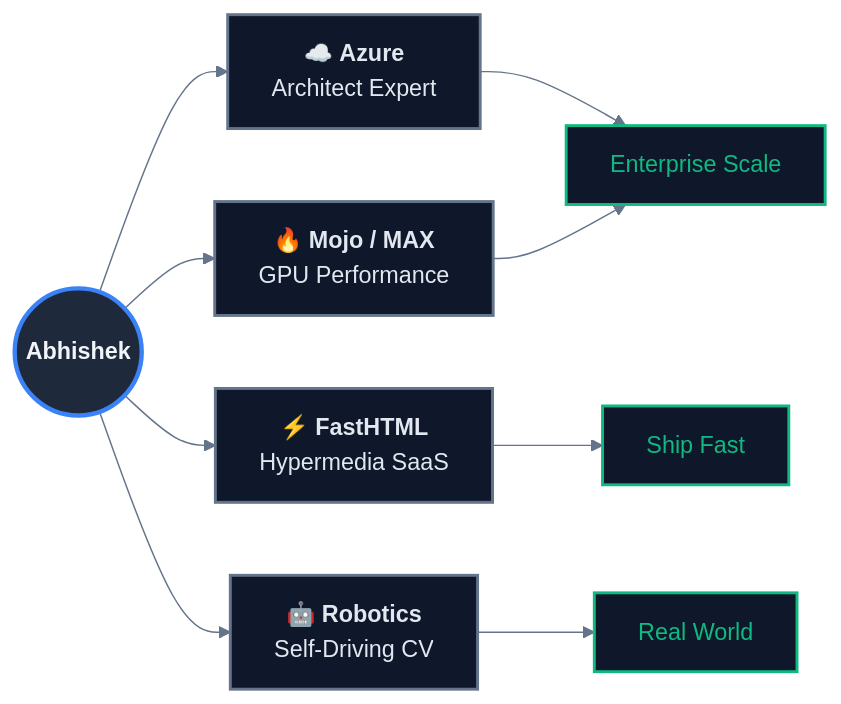
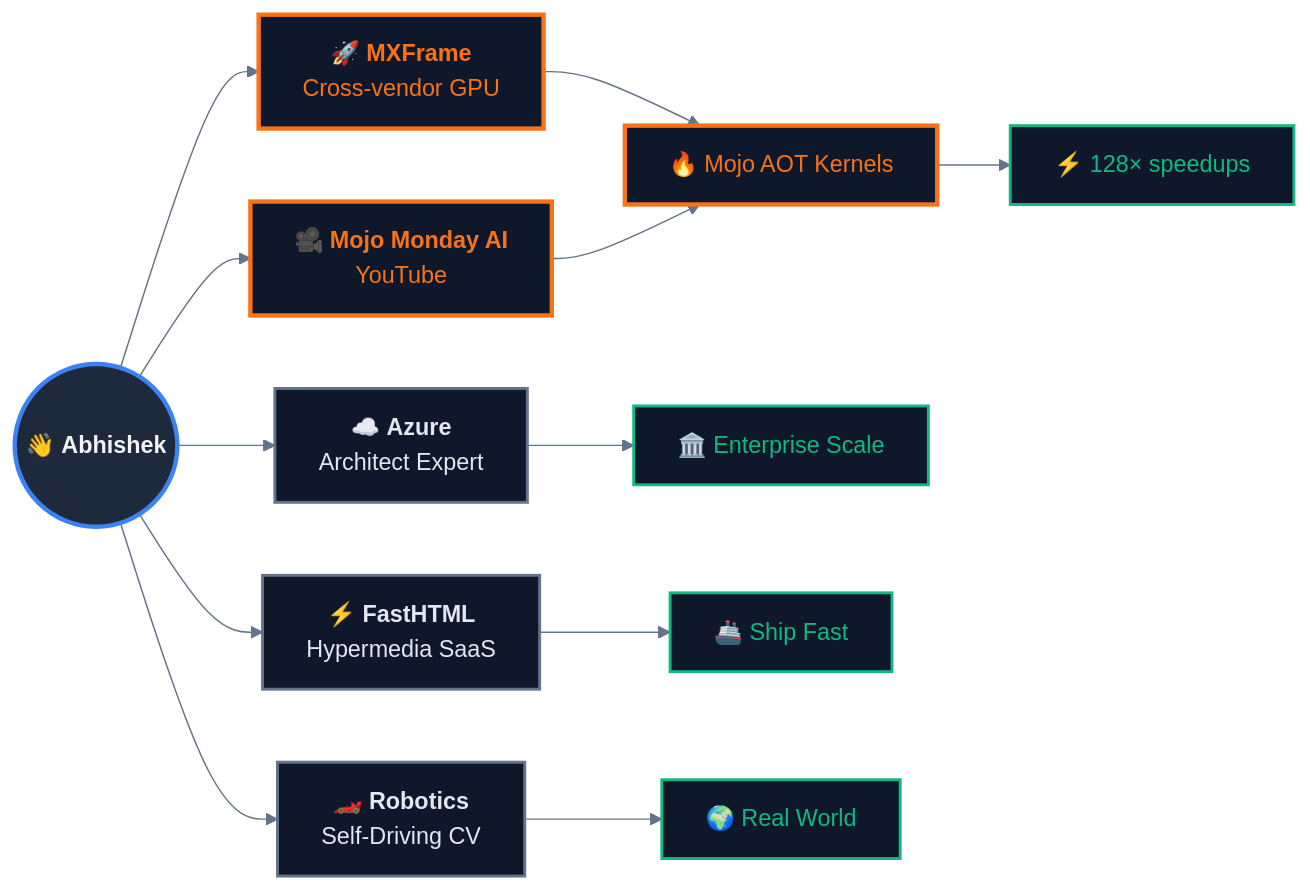
One commit to abhisheksreesaila/abhisheksreesaila changed the diagram in README.md. Above: the diagram before and after it, drawn with Mermaid. The commit also changed other lines of this file, not shown here.

````diff
--- a/README.md
+++ b/README.md
@@ -66,26 +149,32 @@
 ```mermaid
 %%{init: {'theme':'base', 'themeVariables': {'primaryColor':'#0f172a','primaryTextColor':'#f1f5f9','primaryBorderColor':'#3b82f6','lineColor':'#64748b','fontFamily':'ui-sans-serif'}}}%%
 graph LR
-    Me(("`**Abhishek**`"))
+    Me(("`👋 **Abhishek**`"))
 
+    Me --> MX["`🚀 **MXFrame**
+    Cross-vendor GPU`"]
+    Me --> YT["`🎥 **Mojo Monday AI**
+    YouTube`"]
     Me --> Cloud["`☁️ **Azure**
     Architect Expert`"]
-    Me --> AI["`🔥 **Mojo / MAX**
-    GPU Performance`"]
     Me --> Web["`⚡ **FastHTML**
     Hypermedia SaaS`"]
-    Me --> Robo["`🤖 **Robotics**
+    Me --> Robo["`🏎️ **Robotics**
     Self-Driving CV`"]
 
-    Cloud --> Scale["`Enterprise Scale`"]
-    AI --> Scale
-    Web --> Ship["`Ship Fast`"]
-    Robo --> Real["`Real World`"]
+    MX --> Mojo["`🔥 Mojo AOT Kernels`"]
+    YT --> Mojo
+    Mojo --> Perf["`⚡ 128× speedups`"]
+    Cloud --> Scale["`🏛️ Enterprise Scale`"]
+    Web --> Ship["`🚢 Ship Fast`"]
+    Robo --> Real["`🌍 Real World`"]
 
     classDef hub fill:#1e293b,stroke:#3b82f6,stroke-width:3px,color:#f1f5f9
+    classDef hero fill:#0f172a,stroke:#f97316,stroke-width:3px,color:#f97316
     classDef pillar fill:#0f172a,stroke:#64748b,stroke-width:2px,color:#e2e8f0
     classDef outcome fill:#0f172a,stroke:#10b981,stroke-width:2px,color:#10b981
     class Me hub
-    class Cloud,AI,Web,Robo pillar
-    class Scale,Ship,Real outcome
+    class MX,YT,Mojo hero
+    class Cloud,Web,Robo pillar
+    class Scale,Ship,Real,Perf outcome
 ```
````
